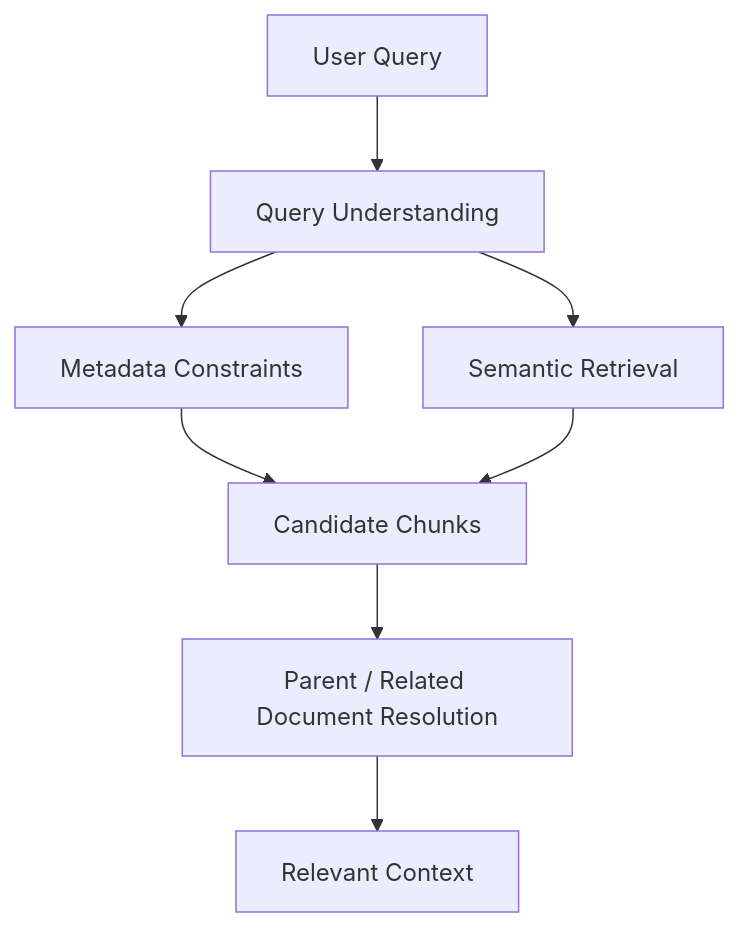
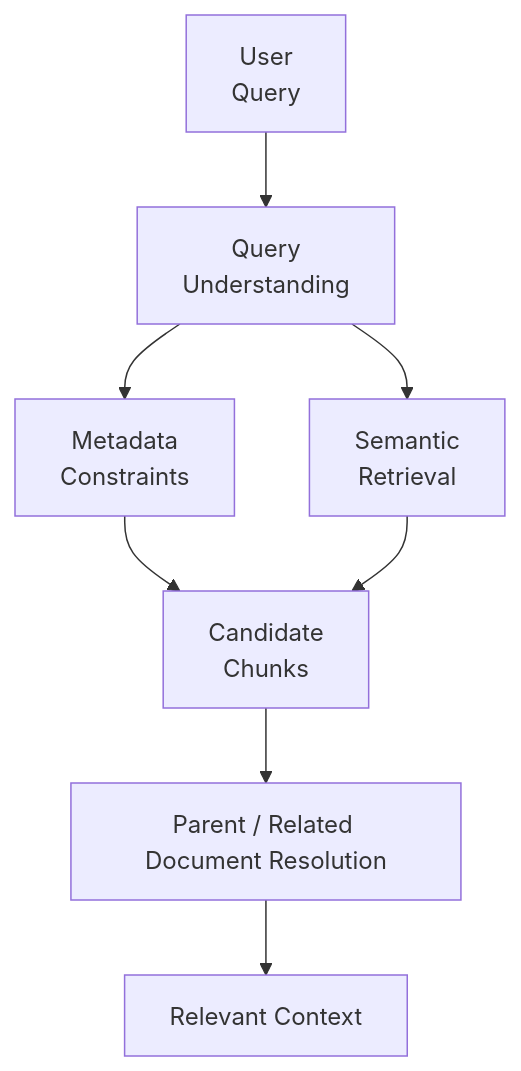
One commit to MihirKJha/enterprise-ai-blog changed the first of 4 diagrams in docs/architecture-insights/genai-and-rag/2.4-structuring-metadata-and-document-aware-retrieval.md. Above: the diagram before and after it, drawn with Mermaid. The commit also changed other lines of this file, not shown here.

````diff
--- a/docs/architecture-insights/genai-and-rag/2.4-structuring-metadata-and-document-aware-retrieval.md
+++ b/docs/architecture-insights/genai-and-rag/2.4-structuring-metadata-and-document-aware-retrieval.md
@@ -109,18 +109,18 @@
 ```mermaid
 graph TD
-    A[User Query]
-    B[Query Understanding]
-    C[Metadata Constraints]
-    D[Semantic Retrieval]
-    E[Candidate Chunks]
+    A[User<br/>Query]
+    B[Query<br/>Understanding]
+    C[Metadata<br/>Constraints]
+    D[Semantic<br/>Retrieval]
+    E[Candidate<br/>Chunks]
     F[Parent / Related Document Resolution]
     G[Relevant Context]
 
     A --> B
     B --> C
     B --> D
     C --> E
     D --> E
     E --> F
     F --> G
 ```
````
